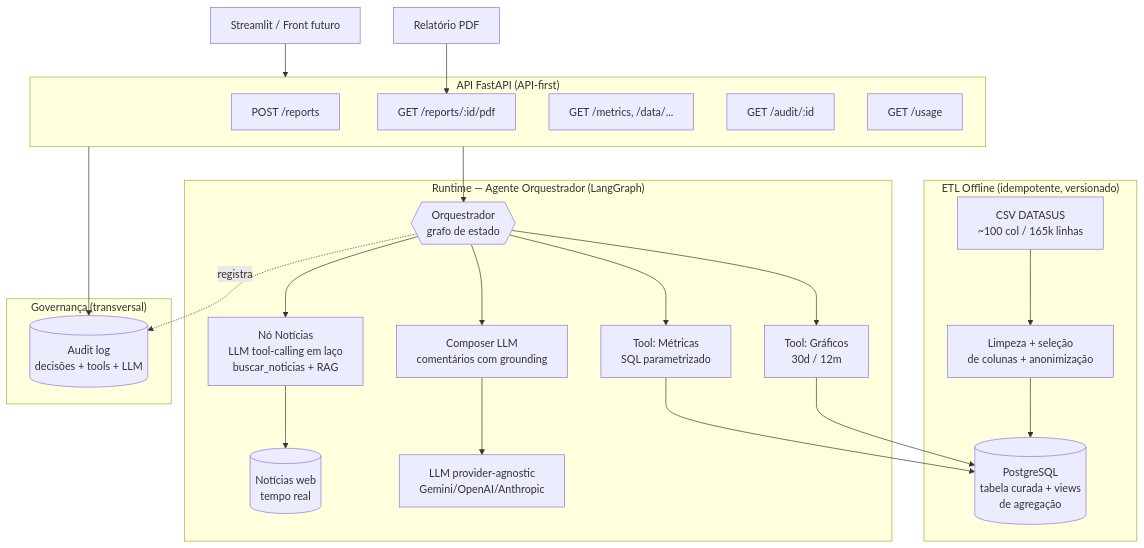
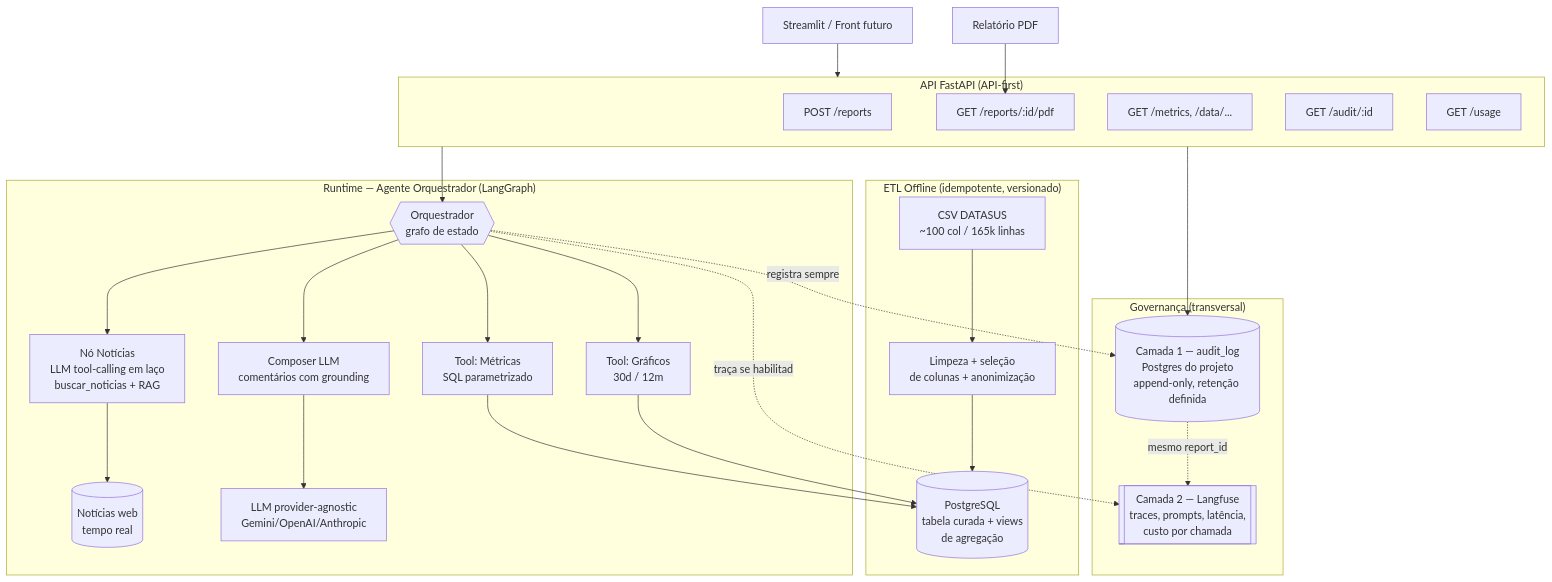
The first of 2 diagrams in .kiro/specs/srag-report-agent/design.md (FilipePaco/HealthCareAI), drawn with Mermaid before and after one commit. The commit also changed other lines of this file and 5 other files, not shown here.

````diff
--- a/.kiro/specs/srag-report-agent/design.md
+++ b/.kiro/specs/srag-report-agent/design.md
@@ -12,37 +12,40 @@
 ```mermaid
 flowchart TB
     subgraph OFFLINE["ETL Offline (idempotente, versionado)"]
         CSV[CSV DATASUS<br/>~100 col / 165k linhas] --> CLEAN[Limpeza + seleção<br/>de colunas + anonimização]
         CLEAN --> LOAD[(PostgreSQL<br/>tabela curada + views<br/>de agregação)]
     end
 
     subgraph RUNTIME["Runtime — Agente Orquestrador (LangGraph)"]
         ORCH{{Orquestrador<br/>grafo de estado}}
         ORCH --> MT[Tool: Métricas<br/>SQL parametrizado]
         ORCH --> CT[Tool: Gráficos<br/>30d / 12m]
         ORCH --> NT[Nó Notícias<br/>LLM tool-calling em laço<br/>buscar_noticias + RAG]
         ORCH --> COMP[Composer LLM<br/>comentários com grounding]
         MT --> LOAD
         CT --> LOAD
         NT --> WEB[(Notícias web<br/>tempo real)]
         COMP --> LLM[LLM provider-agnostic<br/>Gemini/OpenAI/Anthropic]
     end
 
     subgraph GOV["Governança (transversal)"]
-        AUDIT[(Audit log<br/>decisões + tools + LLM)]
+        AUDIT[(Camada 1 — audit_log<br/>Postgres do projeto<br/>append-only, retenção definida)]
+        TRACE[[Camada 2 — Langfuse<br/>traces, prompts, latência,<br/>custo por chamada]]
     end
 
     subgraph API["API FastAPI (API-first)"]
         EP1[POST /reports]
         EP2[GET /reports/:id/pdf]
         EP3[GET /metrics, /data/...]
         EP4[GET /audit/:id]
         EP5[GET /usage]
     end
 
     UI[Streamlit / Front futuro] --> API
     API --> ORCH
-    ORCH -.registra.-> AUDIT
+    ORCH -.registra sempre.-> AUDIT
+    ORCH -.traça se habilitado.-> TRACE
+    AUDIT -.mesmo report_id.-> TRACE
     API --> AUDIT
     PDF[Relatório PDF] --> EP2
 ```
````
